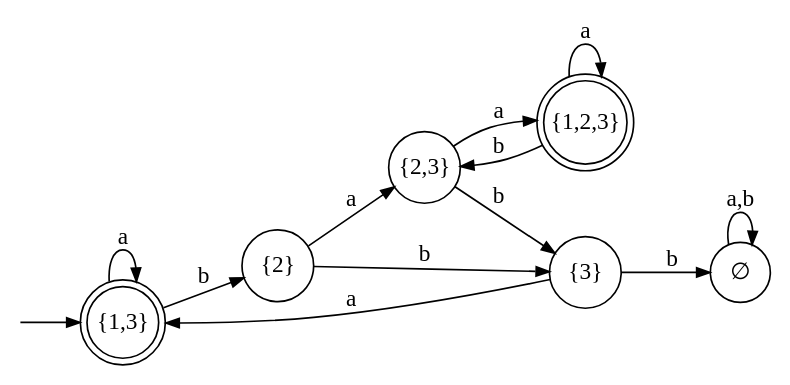
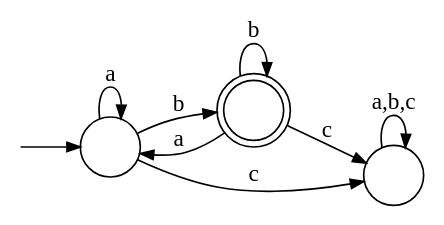
Before and after one commit to alek3y/cs: the second of 4 diagrams in src/ct0374/01/02/README.md, drawn with Graphviz. The commit also changed other lines of this file and 3 other files, not shown here.

````diff
--- a/src/ct0374/01/02/README.md
+++ b/src/ct0374/01/02/README.md
@@ -36,28 +47,21 @@
 ```dot process
 digraph {
 	rankdir=LR
-	node [shape=circle fixedsize=true width=0.6 height=0.6]
+	node [shape=circle label=""]
 	edge [arrowsize=0.8]
 
-	13 [label="{1,3}" shape=doublecircle]
-	2 [label="{2}"]
-	23 [label="{2,3}"]
-	3 [label="{3}"]
-	123 [label="{1,2,3}" shape=doublecircle width=0.7 height=0.7]
-	0 [label="∅" width=0.5 height=0.5]
+	1
+	2 [shape=doublecircle]
+	3
 	_0 [shape=point width=0 height=inf style=invis]
 
-	_0 -> 13
-	13 -> 13 [label="a"]
-	13 -> 2 [label="b"]
-	2 -> 23 [label="a"]
-	2 -> 3 [label="b"]
-	23 -> 3 [label="b"]
-	23 -> 123 [label="a"]
-	123 -> 23 [label="b"]
-	123 -> 123 [label="a"]
-	3 -> 13 [label="a"]
-	3 -> 0 [label="b"]
-	0 -> 0 [label="a,b"]
+	_0 -> 1
+	1 -> 2 [label="b"]
+	2 -> 1 [label="a"]
+	1 -> 1 [label="a"]
+	2 -> 2 [label="b"]
+	1 -> 3 [label="c"]
+	2 -> 3 [label="c"]
+	3 -> 3 [label="a,b,c"]
 }
 ```
````
